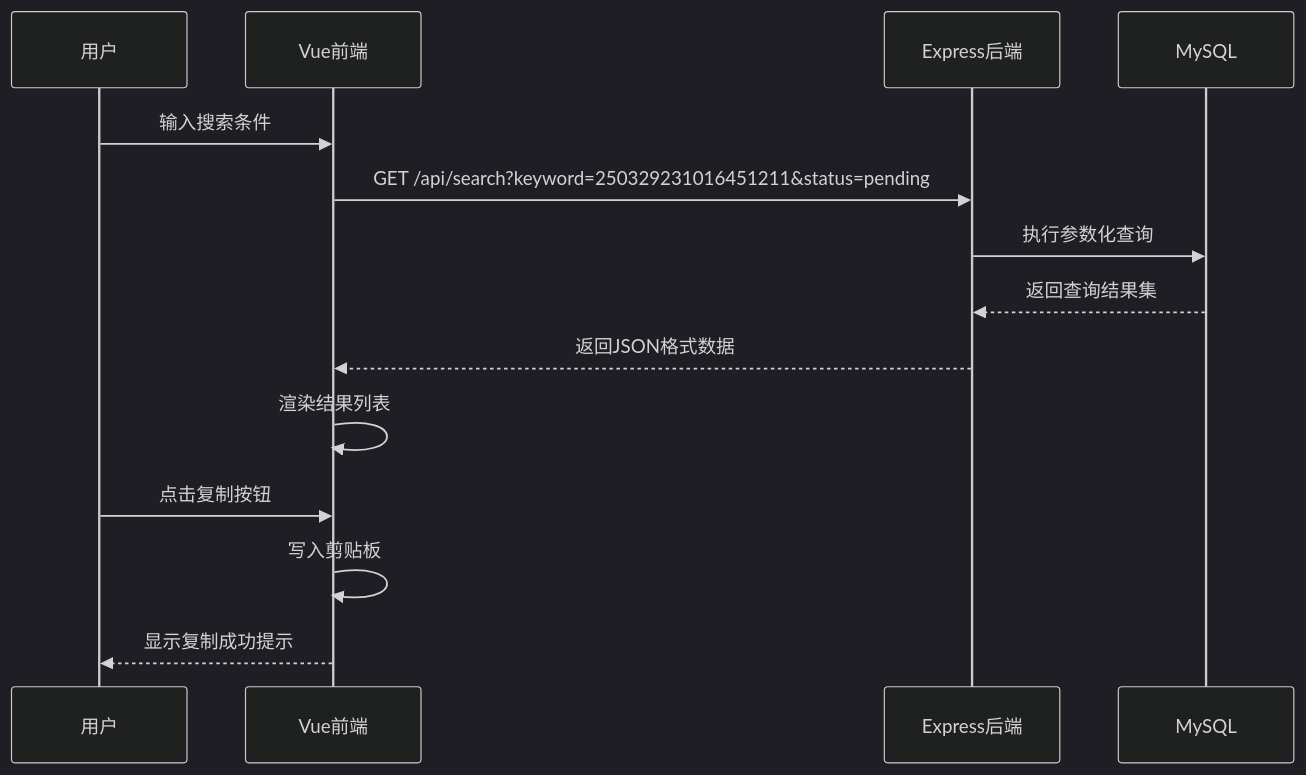
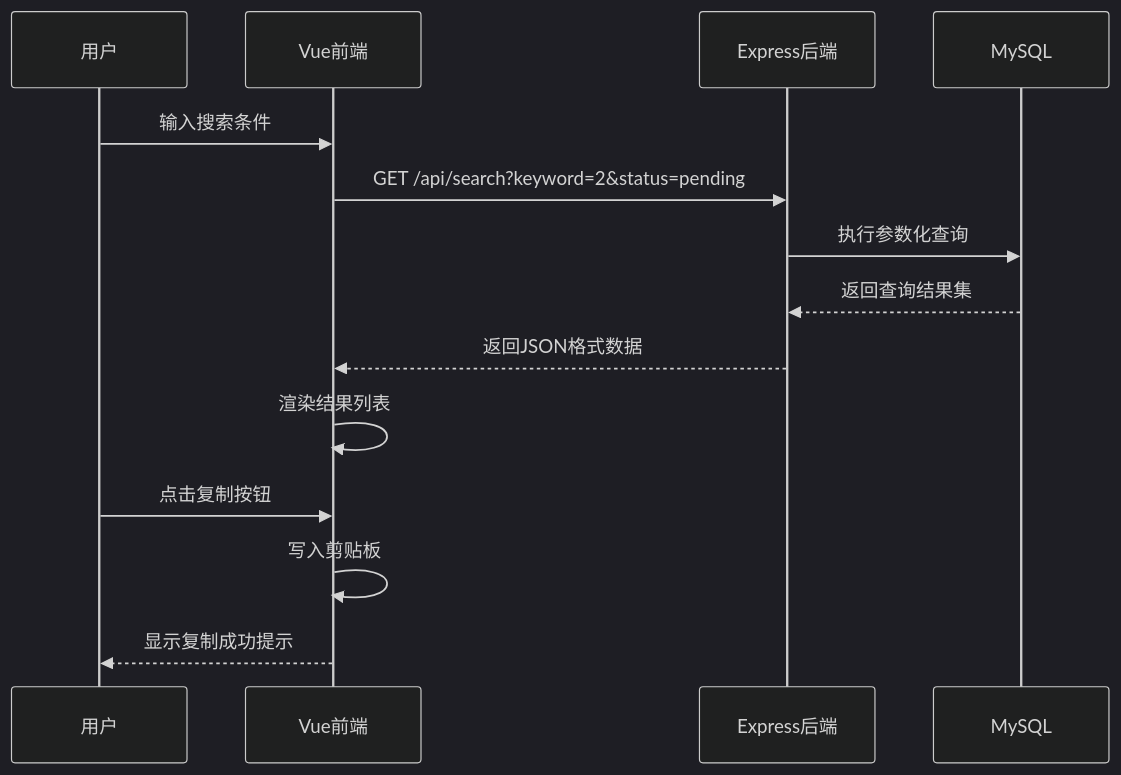
The diagram in all/未命名-2.md (1215587043/iodraw-files), drawn with Mermaid (dark theme) before and after one commit.

Commit message:
2025-04-11 21:51:20 update

````diff
--- a/all/未命名-2.md
+++ b/all/未命名-2.md
@@ -1,17 +1,17 @@
 ```mermaid
 sequenceDiagram
     participant 用户 as 用户
     participant 前端 as Vue前端
     participant 后端 as Express后端
     participant 数据库 as MySQL
 
     用户->>前端: 输入搜索条件
-    前端->>后端: GET /api/search?keyword=250329231016451211&status=pending
+    前端->>后端: GET /api/search?keyword=2&status=pending
     后端->>数据库: 执行参数化查询
     数据库-->>后端: 返回查询结果集
     后端-->>前端: 返回JSON格式数据
     前端->>前端: 渲染结果列表
     用户->>前端: 点击复制按钮
     前端->>前端: 写入剪贴板
     前端-->>用户: 显示复制成功提示 
 ```
````
